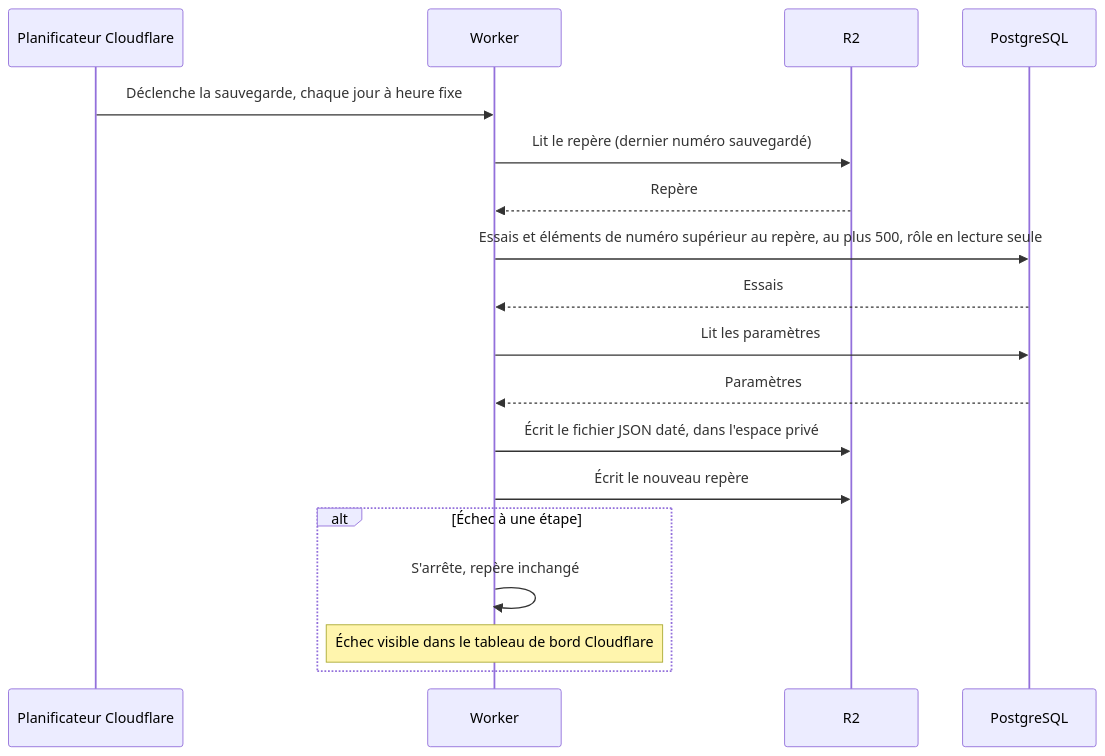
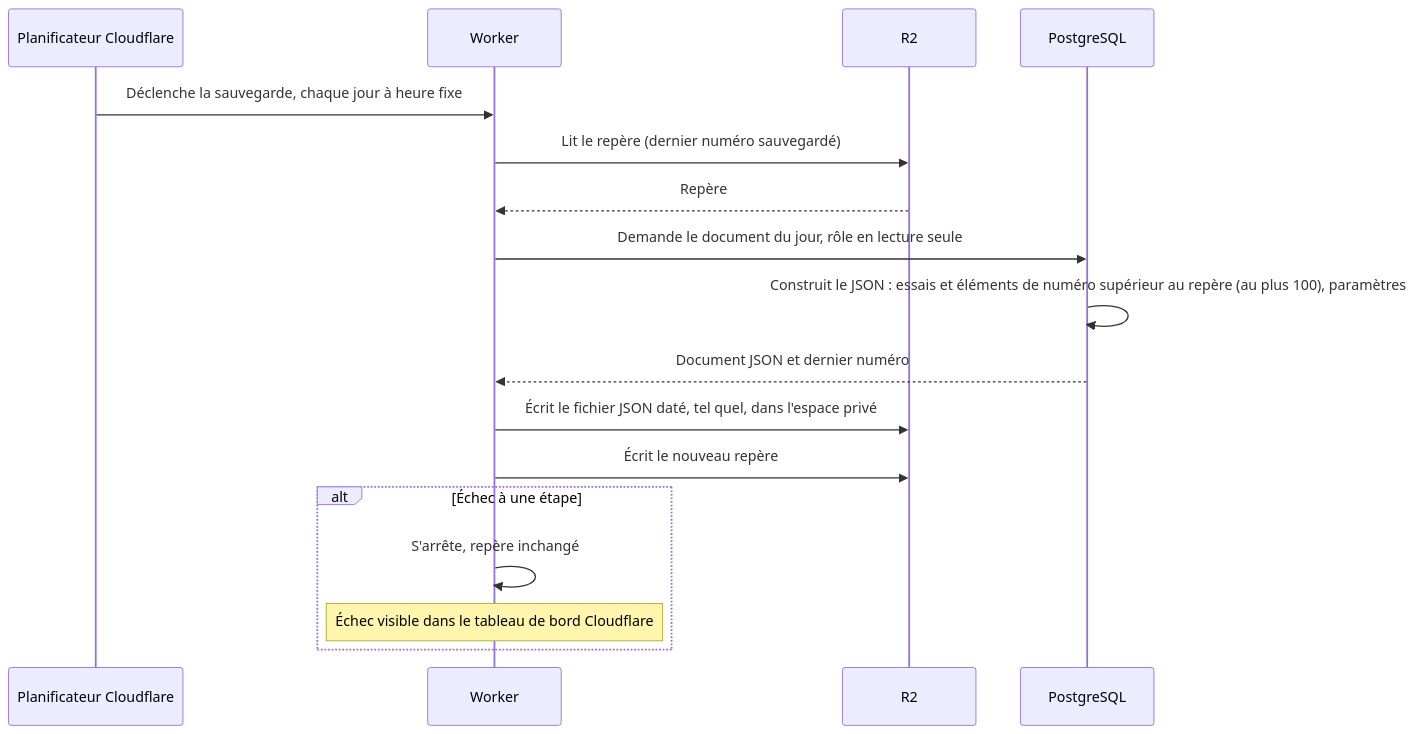
Before and after one commit to gabrielluthun/memory-trainer: the seventh of 8 diagrams in docs/04-specifications/uml/sequences.md, drawn with Mermaid. The commit also changed other lines of this file, not shown here.

Commit message:
docs(specs): build the daily backup document in the database

````diff
--- a/docs/04-specifications/uml/sequences.md
+++ b/docs/04-specifications/uml/sequences.md
@@ -395,21 +395,20 @@
 ```mermaid
 sequenceDiagram
     participant T as Planificateur Cloudflare
     participant W as Worker
     participant R as R2
     participant PG as PostgreSQL
 
     T->>W: Déclenche la sauvegarde, chaque jour à heure fixe
     W->>R: Lit le repère (dernier numéro sauvegardé)
     R-->>W: Repère
-    W->>PG: Essais et éléments de numéro supérieur au repère, au plus 500, rôle en lecture seule
-    PG-->>W: Essais
-    W->>PG: Lit les paramètres
-    PG-->>W: Paramètres
-    W->>R: Écrit le fichier JSON daté, dans l'espace privé
+    W->>PG: Demande le document du jour, rôle en lecture seule
+    PG->>PG: Construit le JSON : essais et éléments de numéro supérieur au repère (au plus 100), paramètres
+    PG-->>W: Document JSON et dernier numéro
+    W->>R: Écrit le fichier JSON daté, tel quel, dans l'espace privé
     W->>R: Écrit le nouveau repère
     alt Échec à une étape
         W->>W: S'arrête, repère inchangé
         Note over W: Échec visible dans le tableau de bord Cloudflare
     end
 ```
````
